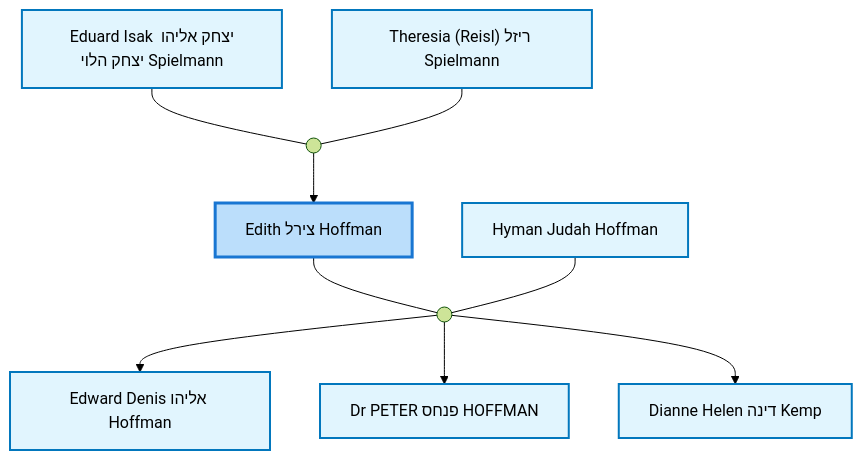
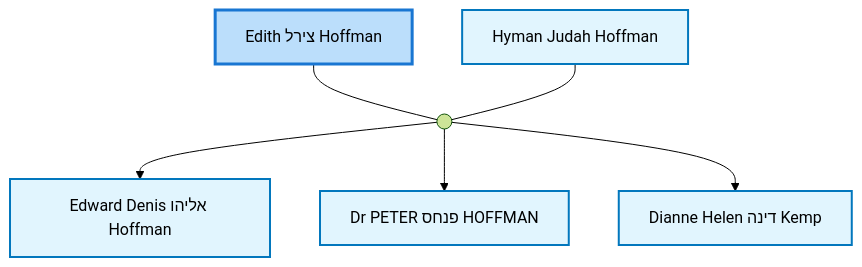
One commit to moshehoff/FamilyHistory changed the first of 3 diagrams in site/content/profiles/Edith צירל Hoffman.md. Above: the diagram before and after it, drawn with Mermaid (forest theme). The commit also changed other lines of this file and 133 other files, not shown here.

````diff
--- a/site/content/profiles/Edith צירל Hoffman.md
+++ b/site/content/profiles/Edith צירל Hoffman.md
@@ -22,37 +22,27 @@
 ```mermaid
 flowchart TD
 classDef person fill:#e1f5fe,stroke:#0277bd,stroke-width:2px;
 classDef internal-link fill:#e1f5fe,stroke:#0277bd,stroke-width:2px;
 classDef current fill:#bbdefb,stroke:#1976d2,stroke-width:3px;
-idI3["Edith צירל Hoffman"]
-class idI3 current
-click idI3 "../profiles/Edith-%D7%A6%D7%99%D7%A8%D7%9C-Hoffman" "Edith צירל Hoffman"
-idI17["Eduard Isak יצחק אליהו יצחק הלוי Spielmann"]
-class idI17 internal-link
-click idI17 "../profiles/Eduard-Isak-%D7%99%D7%A6%D7%97%D7%A7-%D7%90%D7%9C%D7%99%D7%94%D7%95-%D7%99%D7%A6%D7%97%D7%A7-%D7%94%D7%9C%D7%95%D7%99-Spielmann" "Eduard Isak יצחק אליהו יצחק הלוי Spielmann"
-idI18["Theresia (Reisl) ריזל Spielmann"]
-class idI18 internal-link
-click idI18 "../profiles/Theresia-%28Reisl%29-%D7%A8%D7%99%D7%96%D7%9C-Spielmann" "Theresia (Reisl) ריזל Spielmann"
-marriage_idF4((" "))
-idI17 --- marriage_idF4
-idI18 --- marriage_idF4
-marriage_idF4 --> idI3
-idI2["Hyman Judah Hoffman"]
-class idI2 internal-link
-click idI2 "../profiles/Hyman-Judah-Hoffman" "Hyman Judah Hoffman"
-marriage_idF2((" "))
-idI3 --- marriage_idF2
-idI2 --- marriage_idF2
-idI7["Edward Denis אליהו Hoffman"]
-class idI7 internal-link
-click idI7 "../profiles/Edward-Denis-%D7%90%D7%9C%D7%99%D7%94%D7%95-Hoffman" "Edward Denis אליהו Hoffman"
-marriage_idF2 --> idI7
-idI1["Dr PETER פנחס HOFFMAN"]
-class idI1 internal-link
-click idI1 "../profiles/Dr-PETER-%D7%A4%D7%A0%D7%97%D7%A1-HOFFMAN" "Dr PETER פנחס HOFFMAN"
-marriage_idF2 --> idI1
-idI8["Dianne Helen דינה Kemp"]
-class idI8 internal-link
-click idI8 "../profiles/Dianne-Helen-%D7%93%D7%99%D7%A0%D7%94-Kemp" "Dianne Helen דינה Kemp"
-marriage_idF2 --> idI8
+idI38516664["Edith צירל Hoffman"]
+class idI38516664 current
+click idI38516664 "../profiles/Edith-%D7%A6%D7%99%D7%A8%D7%9C-Hoffman" "Edith צירל Hoffman"
+idI11052350["Hyman Judah Hoffman"]
+class idI11052350 internal-link
+click idI11052350 "../profiles/Hyman-Judah-Hoffman" "Hyman Judah Hoffman"
+marriage_idF13161432((" "))
+idI38516664 --- marriage_idF13161432
+idI11052350 --- marriage_idF13161432
+idI38516763["Edward Denis אליהו Hoffman"]
+class idI38516763 internal-link
+click idI38516763 "../profiles/Edward-Denis-%D7%90%D7%9C%D7%99%D7%94%D7%95-Hoffman" "Edward Denis אליהו Hoffman"
+marriage_idF13161432 --> idI38516763
+idI11052359["Dr PETER פנחס HOFFMAN"]
+class idI11052359 internal-link
+click idI11052359 "../profiles/Dr-PETER-%D7%A4%D7%A0%D7%97%D7%A1-HOFFMAN" "Dr PETER פנחס HOFFMAN"
+marriage_idF13161432 --> idI11052359
+idI38516790["Dianne Helen דינה Kemp"]
+class idI38516790 internal-link
+click idI38516790 "../profiles/Dianne-Helen-%D7%93%D7%99%D7%A0%D7%94-Kemp" "Dianne Helen דינה Kemp"
+marriage_idF13161432 --> idI38516790
 ```
````
